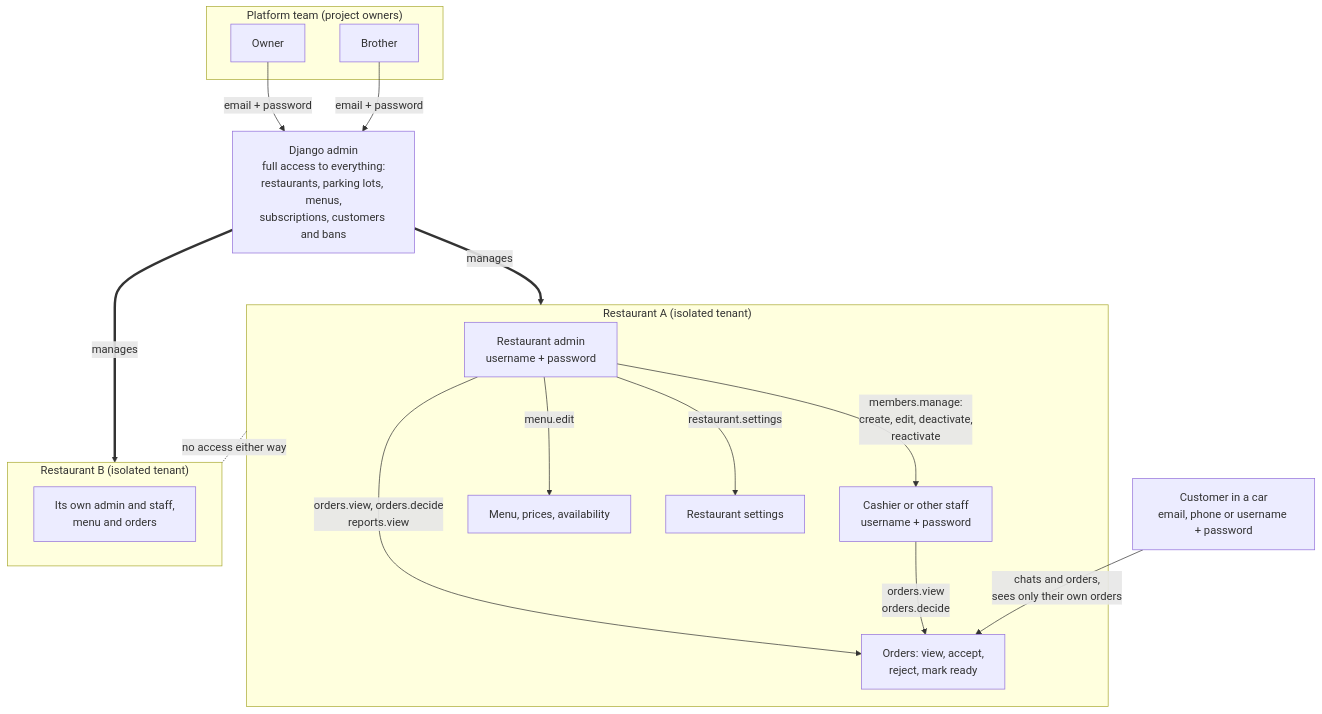
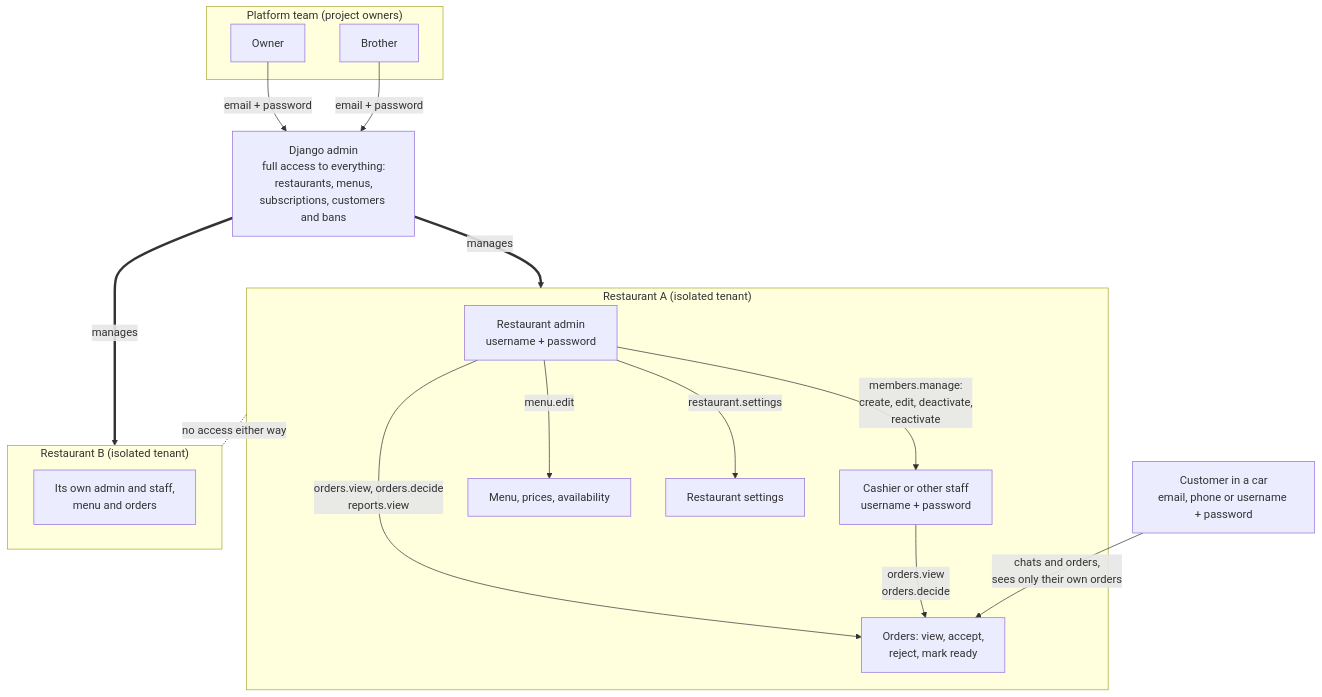
One commit to Aalihaidar/wasli-backend changed the first of 7 diagrams in docs/project-overview.md. Above: the diagram before and after it, drawn with Mermaid. The commit also changed other lines of this file and 30 other files, not shown here.

Commit message:
feat(restaurants)!: replace the parking lot with an optional service distance

````diff
--- a/docs/project-overview.md
+++ b/docs/project-overview.md
@@ -15,33 +15,33 @@
 ```mermaid
 flowchart TB
     subgraph PT["Platform team (project owners)"]
         OWN["Owner"]
         BRO["Brother"]
     end
-    ADM["Django admin<br/>full access to everything:<br/>restaurants, parking lots, menus,<br/>subscriptions, customers and bans"]
+    ADM["Django admin<br/>full access to everything:<br/>restaurants, menus,<br/>subscriptions, customers and bans"]
     OWN & BRO -->|"email + password"| ADM
 
     subgraph RA["Restaurant A (isolated tenant)"]
         A1["Restaurant admin<br/>username + password"]
         C1["Cashier or other staff<br/>username + password"]
         MENU["Menu, prices, availability"]
         SET["Restaurant settings"]
         ORD["Orders: view, accept,<br/>reject, mark ready"]
         A1 -->|"menu.edit"| MENU
         A1 -->|"restaurant.settings"| SET
         A1 -->|"members.manage:<br/>create, edit, deactivate,<br/>reactivate"| C1
         A1 -->|"orders.view, orders.decide<br/>reports.view"| ORD
         C1 -->|"orders.view<br/>orders.decide"| ORD
     end
 
     subgraph RB["Restaurant B (isolated tenant)"]
         B1["Its own admin and staff,<br/>menu and orders"]
     end
 
     CUST["Customer in a car<br/>email, phone or username + password"]
     CUST -->|"chats and orders,<br/>sees only their own orders"| ORD
 
     ADM ==>|"manages"| RA
     ADM ==>|"manages"| RB
     RA -. "no access either way" .- RB
 ```
````
